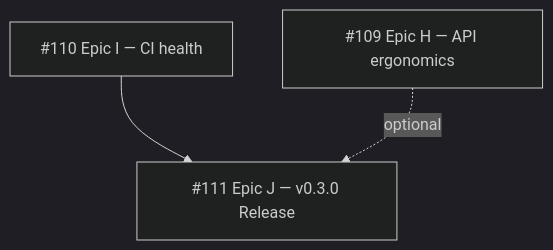
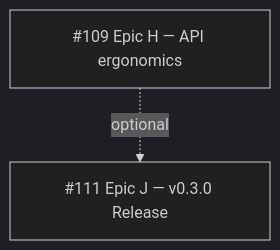
The diagram in docs/ROADMAP.md (pfizer-opensource/zippeR), drawn with Mermaid (dark theme) before and after one commit. The commit also changed other lines of this file, not shown here.

Commit message:
chore: resolve stale Epic I dependency edge in roadmap
Code review on the epic-close PR flagged that the Epic dependencies
mermaid graph still showed #110 (Epic I, now closed) as a blocking
predecessor to #111 (Epic J). Removed the resolved edge and added a
note recording that the precondition is now satisfied.

````diff
--- a/docs/ROADMAP.md
+++ b/docs/ROADMAP.md
@@ -32,5 +32,4 @@
 ```mermaid
 graph TD
-  I["#110 Epic I — CI health"] --> J["#111 Epic J — v0.3.0 Release"]
-  H["#109 Epic H — API ergonomics"] -.optional.-> J
+  H["#109 Epic H — API ergonomics"] -.optional.-> J["#111 Epic J — v0.3.0 Release"]
 ```
````
